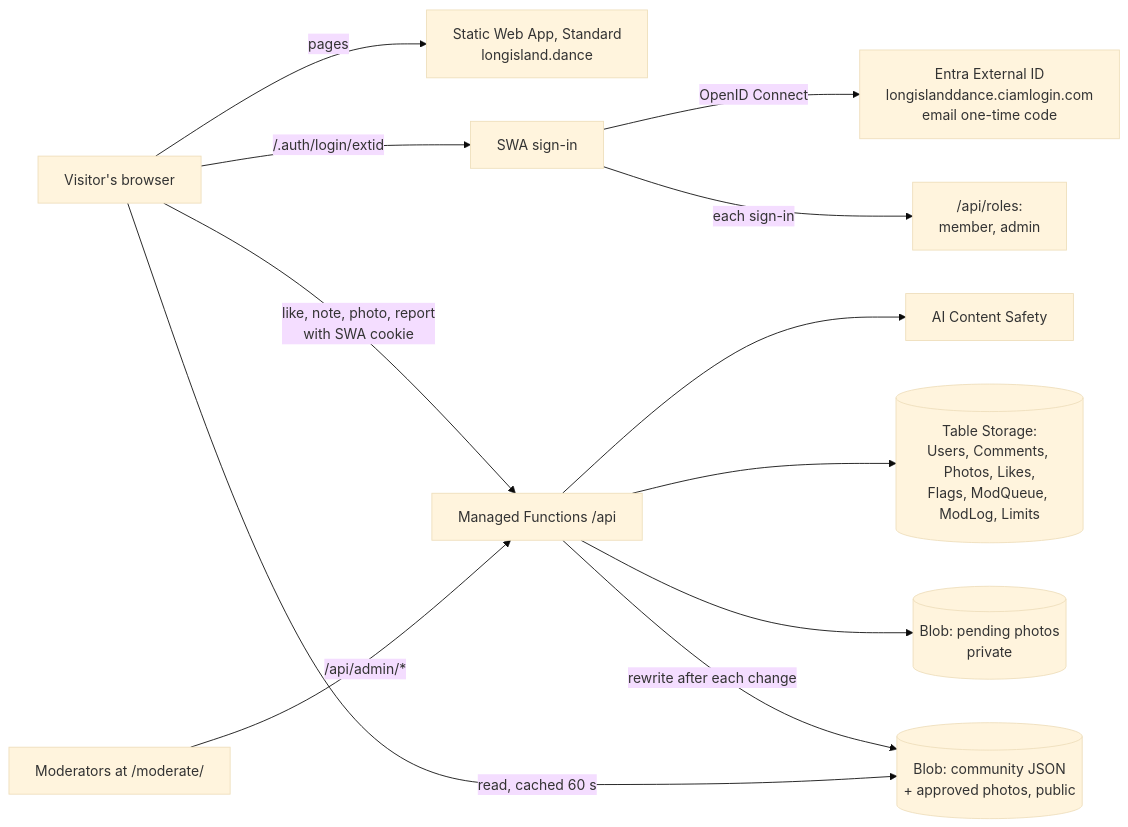
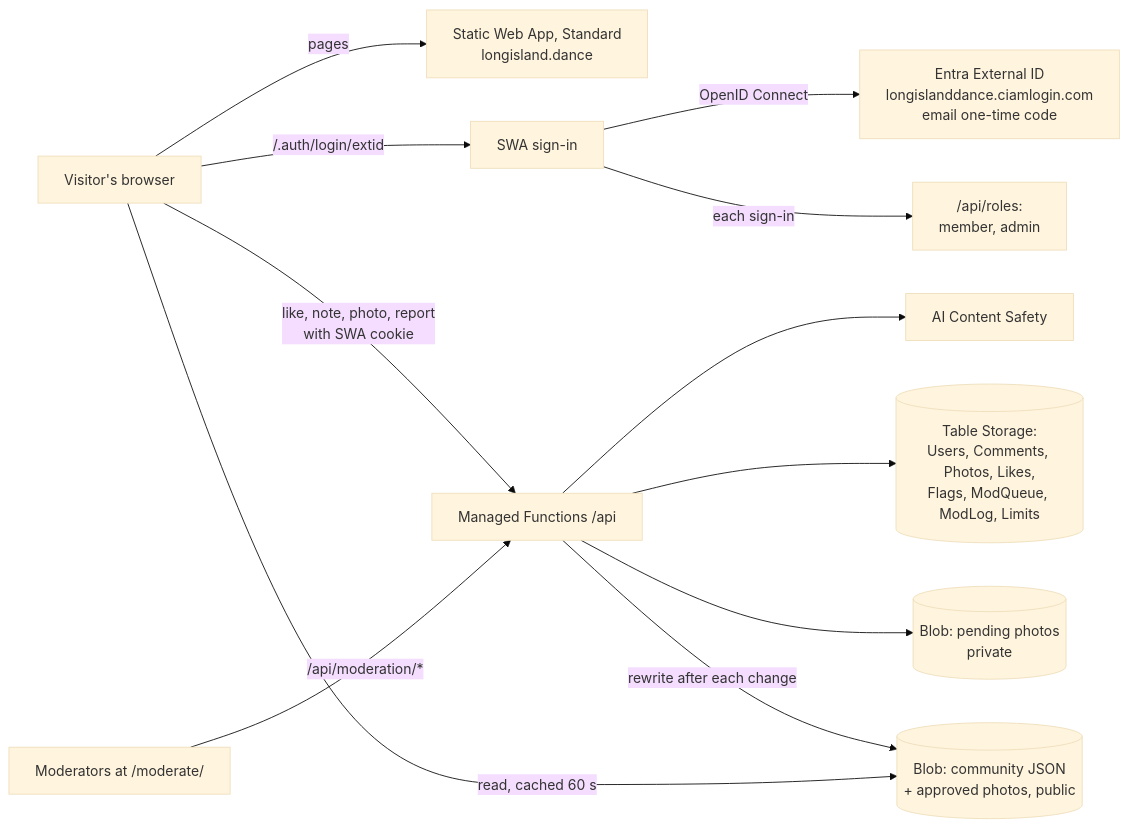
Before and after one commit to michaelsrichter/long-island-dance-events: the third of 3 diagrams in docs/architecture.md, drawn with Mermaid (base theme). The commit also changed other lines of this file and 20 other files, not shown here.

````diff
--- a/docs/architecture.md
+++ b/docs/architecture.md
@@ -115,14 +115,14 @@
 ```mermaid
 flowchart LR
   V["Visitor's browser"] -->|"pages"| SWA["Static Web App, Standard<br/>longisland.dance"]
   V -->|"/.auth/login/extid"| AUTH["SWA sign-in"]
   AUTH -->|"OpenID Connect"| EXT["Entra External ID<br/>longislanddance.ciamlogin.com<br/>email one-time code"]
   AUTH -->|"each sign-in"| ROLES["/api/roles:<br/>member, admin"]
   V -->|"like, note, photo, report<br/>with SWA cookie"| FN["Managed Functions /api"]
   FN --> CS["AI Content Safety"]
   FN --> TS[("Table Storage:<br/>Users, Comments, Photos, Likes,<br/>Flags, ModQueue, ModLog, Limits")]
   FN --> PEND[("Blob: pending photos<br/>private")]
   FN -->|"rewrite after each change"| PUB[("Blob: community JSON<br/>+ approved photos, public")]
   V -->|"read, cached 60 s"| PUB
-  M["Moderators at /moderate/"] -->|"/api/admin/*"| FN
+  M["Moderators at /moderate/"] -->|"/api/moderation/*"| FN
 ```
````
